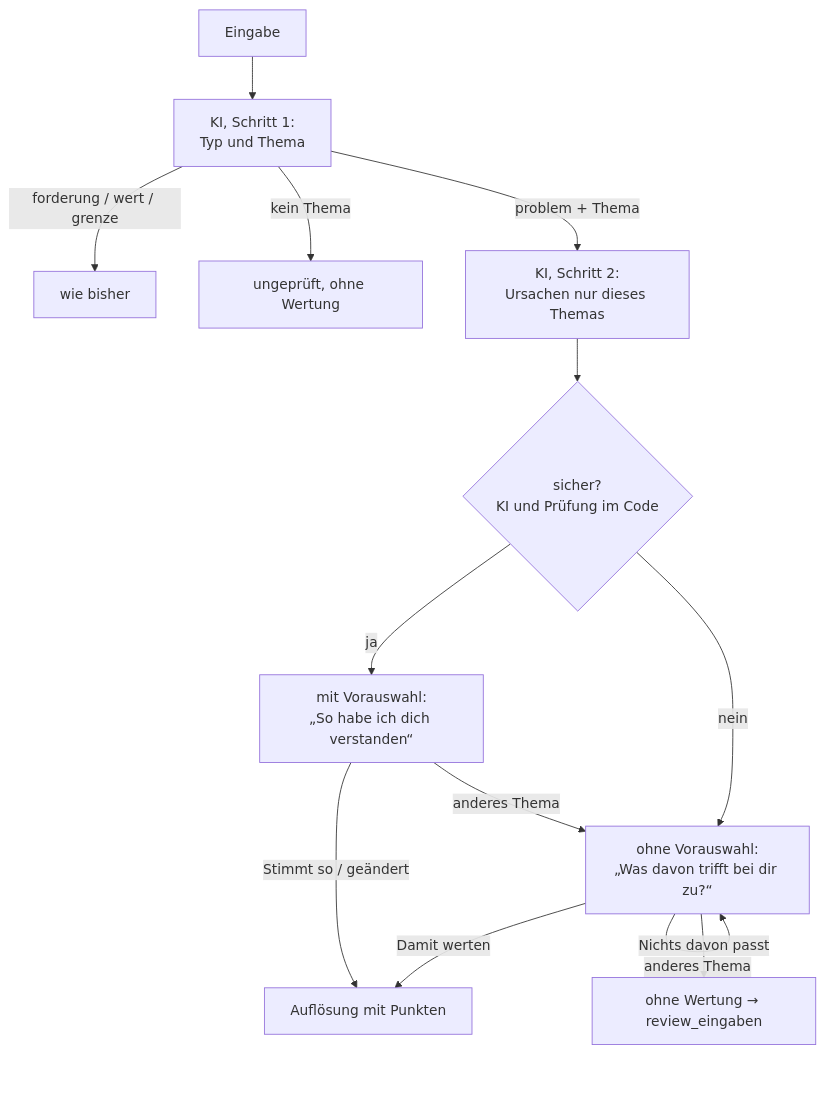
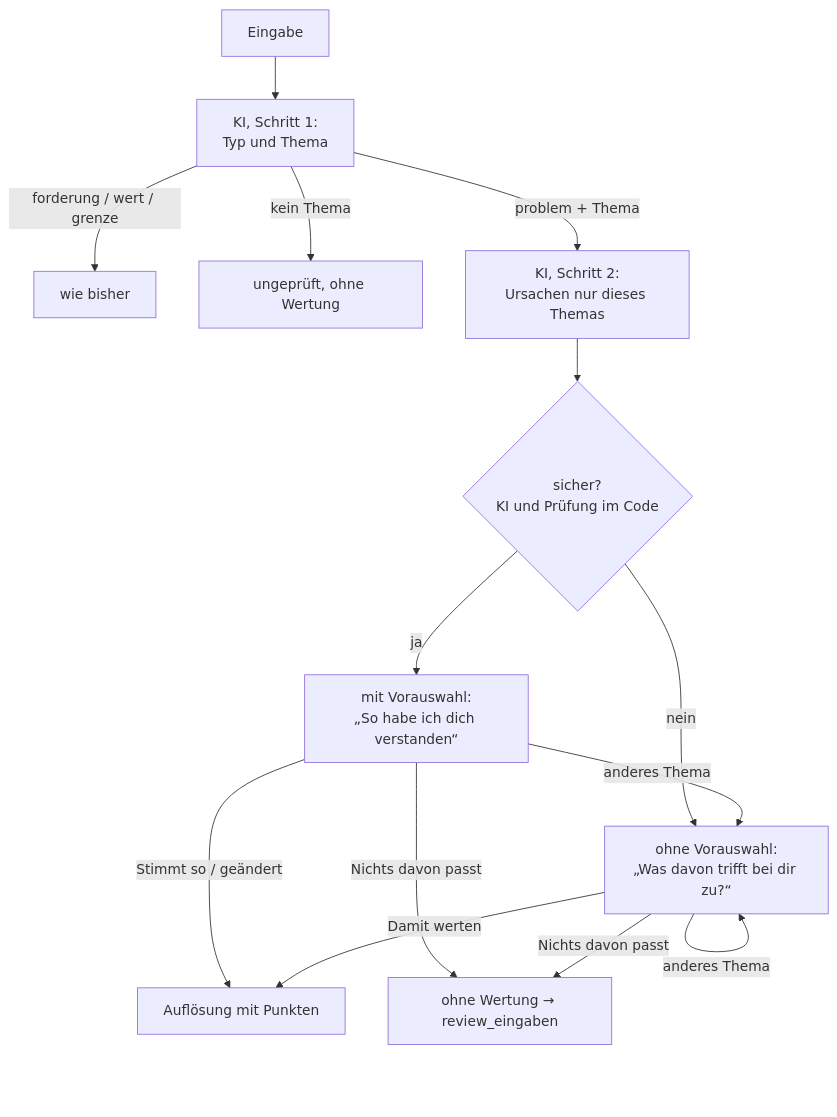
The diagram in docs/plan-zuordnung.md (politik-duell/politik-duell), drawn with Mermaid before and after one commit. The commit also changed other lines of this file, not shown here.

First line of the commit message:
Plan Zuordnung: „Nichts davon passt“ in jeder Bestätigung

````diff
--- a/docs/plan-zuordnung.md
+++ b/docs/plan-zuordnung.md
@@ -52,15 +54,16 @@
 ```mermaid
 flowchart TD
     E[Eingabe] --> K1[KI, Schritt 1:<br/>Typ und Thema]
     K1 -->|forderung / wert / grenze| W[wie bisher]
     K1 -->|kein Thema| U[ungeprüft, ohne Wertung]
     K1 -->|problem + Thema| K2[KI, Schritt 2:<br/>Ursachen nur dieses Themas]
     K2 --> P{sicher?<br/>KI und Prüfung im Code}
     P -->|ja| S["mit Vorauswahl:<br/>„So habe ich dich verstanden“"]
     P -->|nein| B["ohne Vorauswahl:<br/>„Was davon trifft bei dir zu?“"]
     S -->|Stimmt so / geändert| A[Auflösung mit Punkten]
     S -->|anderes Thema| B
+    S -->|Nichts davon passt| R
     B -->|Damit werten| A
     B -->|anderes Thema| B
     B -->|Nichts davon passt| R[ohne Wertung → review_eingaben]
 ```
````
